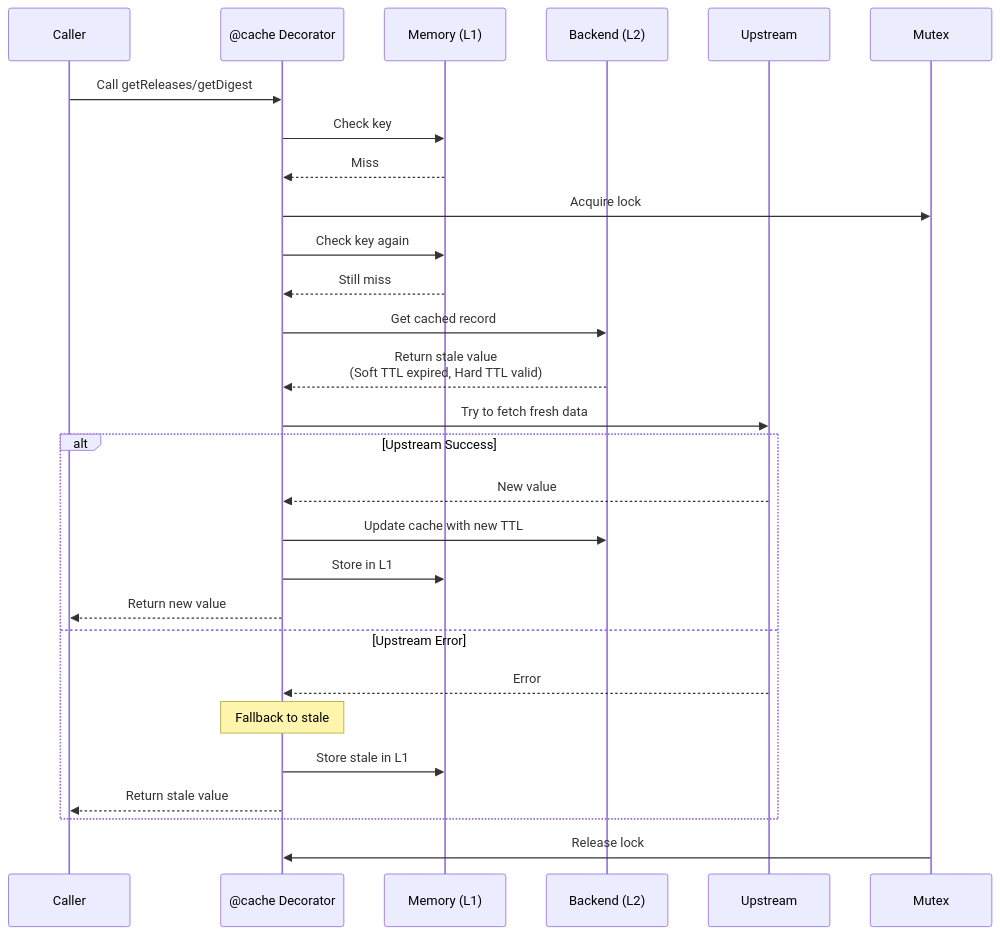
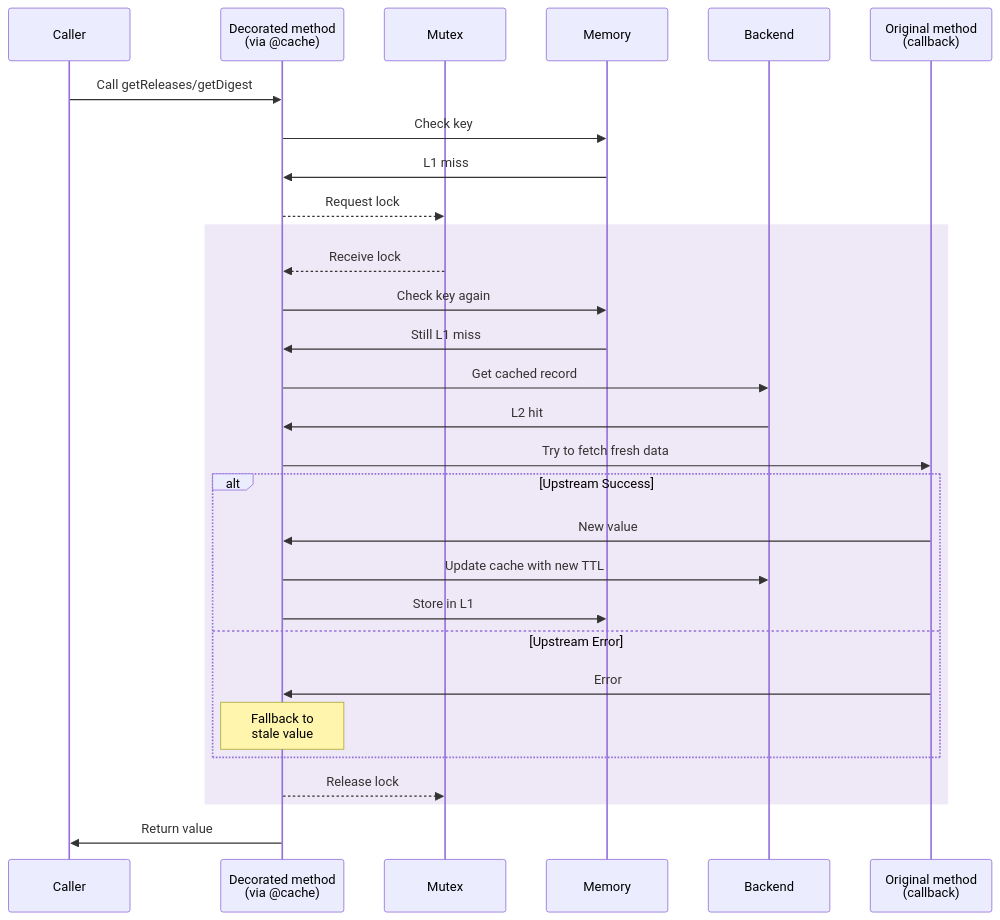
Before and after one commit to renovatebot/renovate: the third of 9 diagrams in lib/util/cache/package/readme.md, drawn with Mermaid. The commit also changed other lines of this file, not shown here.

````diff
--- a/lib/util/cache/package/readme.md
+++ b/lib/util/cache/package/readme.md
@@ -67,34 +69,35 @@
 ```mermaid
 sequenceDiagram
     participant C as Caller
-    participant D as @cache Decorator
-    participant M as Memory (L1)
-    participant B as Backend (L2)
-    participant U as Upstream
+    participant D as Decorated method <br/>(via @cache)
     participant X as Mutex
+    participant L1 as Memory
+    participant L2 as Backend
+    participant U as Original method <br/>(callback)
 
     C->>D: Call getReleases/getDigest
-    D->>M: Check key
-    M-->>D: Miss
+    D->>L1: Check key
+    L1->>D: L1 miss
 
-    D->>X: Acquire lock
-    D->>M: Check key again
-    M-->>D: Still miss
+    D-->>X: Request lock
+    rect rgba(150, 100, 200, 0.15)
+        X-->>D: Receive lock
+        D->>L1: Check key again
+        L1->>D: Still L1 miss
 
-    D->>B: Get cached record
-    B-->>D: Return stale value<br/>(Soft TTL expired, Hard TTL valid)
+        D->>L2: Get cached record
+        L2->>D: L2 hit
 
-    D->>U: Try to fetch fresh data
-    alt Upstream Success
-        U-->>D: New value
-        D->>B: Update cache with new TTL
-        D->>M: Store in L1
-        D-->>C: Return new value
-    else Upstream Error
-        U-->>D: Error
-        Note over D: Fallback to stale
-        D->>M: Store stale in L1
-        D-->>C: Return stale value
+        D->>U: Try to fetch fresh data
+        alt Upstream Success
+            U->>D: New value
+            D->>L2: Update cache with new TTL
+            D->>L1: Store in L1
+        else Upstream Error
+            U->>D: Error
+            Note over D: Fallback to <br/>stale value
+        end
+        D-->>X: Release lock
     end
-    X->>D: Release lock
+    D->>C: Return value
 ```
````
